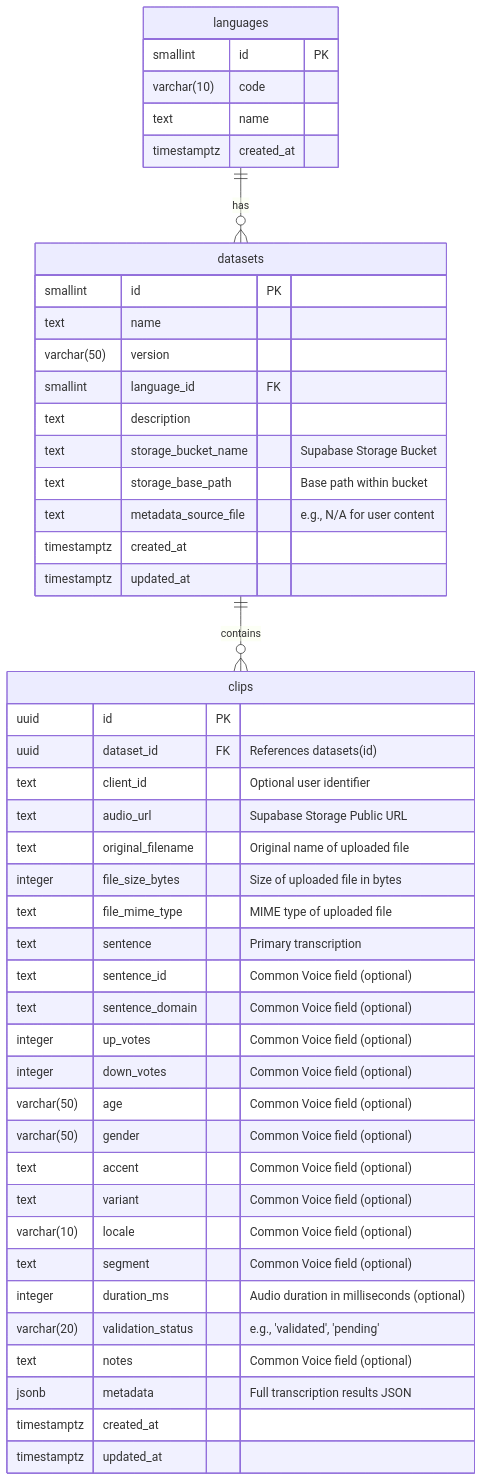
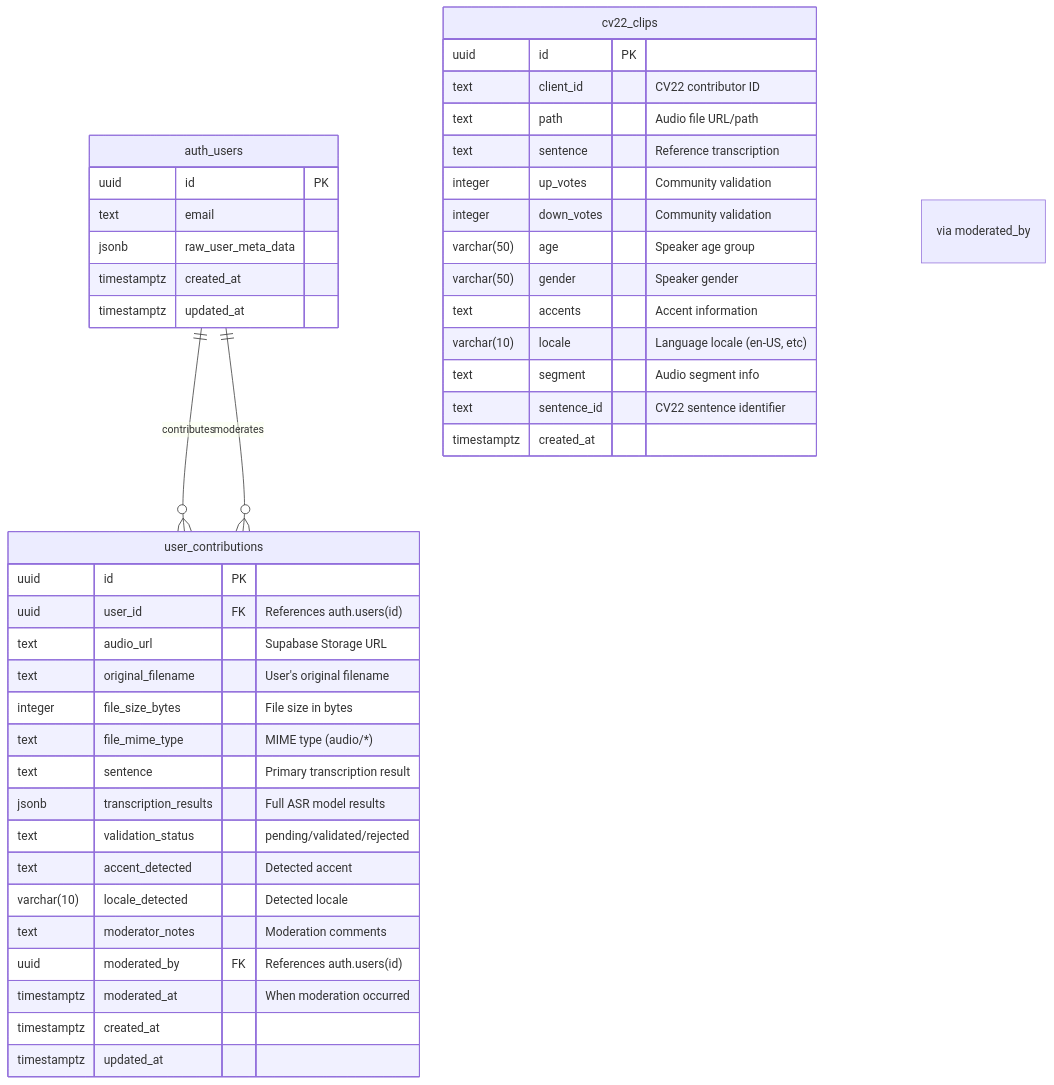
One commit to DarrenSJZ/FYP changed the diagram in supabase.md. Above: the diagram before and after it, drawn with Mermaid. The commit also changed other lines of this file and 2 other files, not shown here.

````diff
--- a/supabase.md
+++ b/supabase.md
@@ -7,52 +20,48 @@
 ```mermaid
 erDiagram
-    languages {
-        smallint id PK
-        varchar(10) code
-        text name
-        timestamptz created_at
-    }
-
-    datasets {
-        smallint id PK
-        text name
-        varchar(50) version
-        smallint language_id FK
-        text description
-        text storage_bucket_name "Supabase Storage Bucket"
-        text storage_base_path "Base path within bucket"
-        text metadata_source_file "e.g., N/A for user content"
+    auth_users {
+        uuid id PK
+        text email
+        jsonb raw_user_meta_data
         timestamptz created_at
         timestamptz updated_at
     }
 
-    clips {
+    cv22_clips {
         uuid id PK
-        uuid dataset_id FK "References datasets(id)"
-        text client_id "Optional user identifier"
-        text audio_url "Supabase Storage Public URL"
-        text original_filename "Original name of uploaded file"
-        integer file_size_bytes "Size of uploaded file in bytes"
-        text file_mime_type "MIME type of uploaded file"
-        text sentence "Primary transcription"
-        text sentence_id "Common Voice field (optional)"
-        text sentence_domain "Common Voice field (optional)"
-        integer up_votes "Common Voice field (optional)"
-        integer down_votes "Common Voice field (optional)"
-        varchar(50) age "Common Voice field (optional)"
-        varchar(50) gender "Common Voice field (optional)"
-        text accent "Common Voice field (optional)"
-        text variant "Common Voice field (optional)"
-        varchar(10) locale "Common Voice field (optional)"
-        text segment "Common Voice field (optional)"
-        integer duration_ms "Audio duration in milliseconds (optional)"
-        varchar(20) validation_status "e.g., 'validated', 'pending'"
-        text notes "Common Voice field (optional)"
-        jsonb metadata "Full transcription results JSON"
+        text client_id "CV22 contributor ID"
+        text path "Audio file URL/path"
+        text sentence "Reference transcription"
+        integer up_votes "Community validation"
+        integer down_votes "Community validation"
+        varchar(50) age "Speaker age group"
+        varchar(50) gender "Speaker gender"
+        text accents "Accent information"
+        varchar(10) locale "Language locale (en-US, etc)"
+        text segment "Audio segment info"
+        text sentence_id "CV22 sentence identifier"
+        timestamptz created_at
+    }
+
+    user_contributions {
+        uuid id PK
+        uuid user_id FK "References auth.users(id)"
+        text audio_url "Supabase Storage URL"
+        text original_filename "User's original filename"
+        integer file_size_bytes "File size in bytes"
+        text file_mime_type "MIME type (audio/*)"
+        text sentence "Primary transcription result"
+        jsonb transcription_results "Full ASR model results"
+        text validation_status "pending/validated/rejected"
+        text accent_detected "Detected accent"
+        varchar(10) locale_detected "Detected locale"
+        text moderator_notes "Moderation comments"
+        uuid moderated_by FK "References auth.users(id)"
+        timestamptz moderated_at "When moderation occurred"
         timestamptz created_at
         timestamptz updated_at
     }
 
-    languages ||--o{ datasets : "has"
-    datasets ||--o{ clips : "contains"
+    auth_users ||--o{ user_contributions : "contributes"
+    auth_users ||--o{ user_contributions : "moderates" "via moderated_by"
 ```
````
